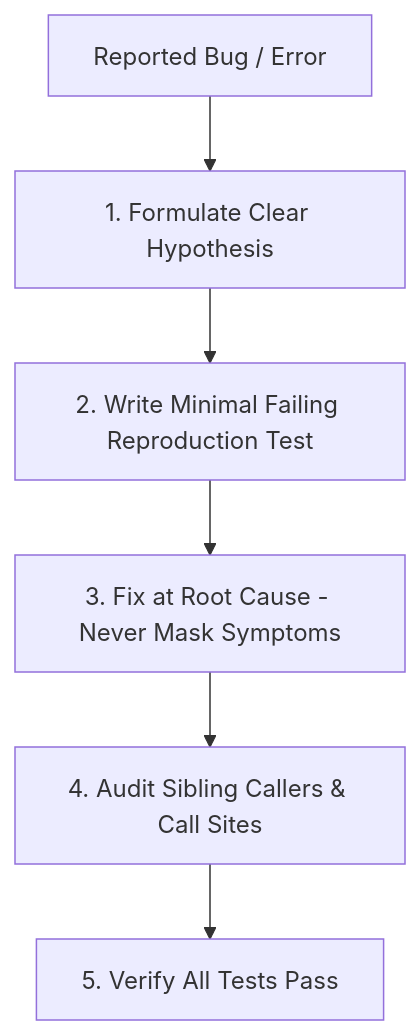
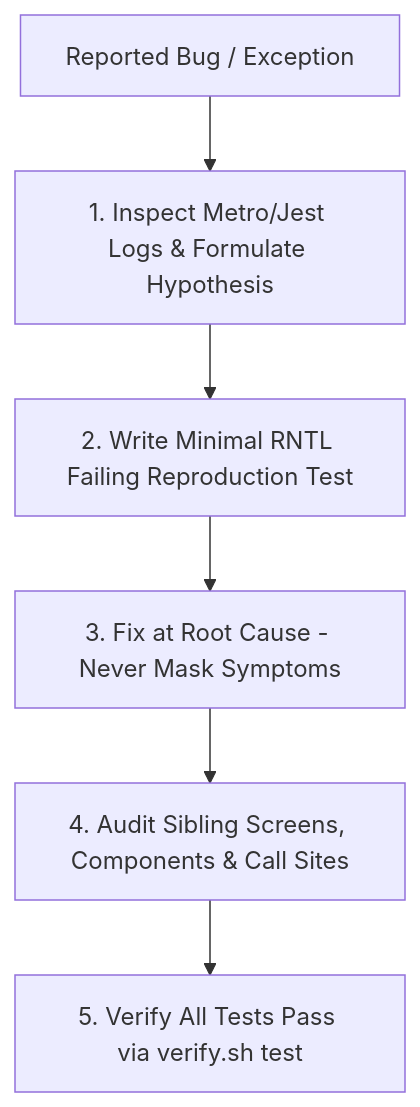
The diagram in .agents/skills/systematic-debugging/SKILL.md (malejandro80/hubik-mobile), drawn with Mermaid before and after one commit. The commit also changed other lines of this file and 29 other files, not shown here.

````diff
--- a/.agents/skills/systematic-debugging/SKILL.md
+++ b/.agents/skills/systematic-debugging/SKILL.md
@@ -23,8 +23,8 @@
 ```mermaid
 flowchart TD
-    Err[Reported Bug / Error] --> Hypo[1. Formulate Clear Hypothesis]
-    Hypo --> Repro[2. Write Minimal Failing Reproduction Test]
+    Err[Reported Bug / Exception] --> Hypo[1. Inspect Metro/Jest Logs & Formulate Hypothesis]
+    Hypo --> Repro[2. Write Minimal RNTL Failing Reproduction Test]
     Repro --> Fix[3. Fix at Root Cause - Never Mask Symptoms]
-    Fix --> Sibling[4. Audit Sibling Callers & Call Sites]
-    Sibling --> Green[5. Verify All Tests Pass]
+    Fix --> Sibling[4. Audit Sibling Screens, Components & Call Sites]
+    Sibling --> Green[5. Verify All Tests Pass via verify.sh test]
 ```
````
